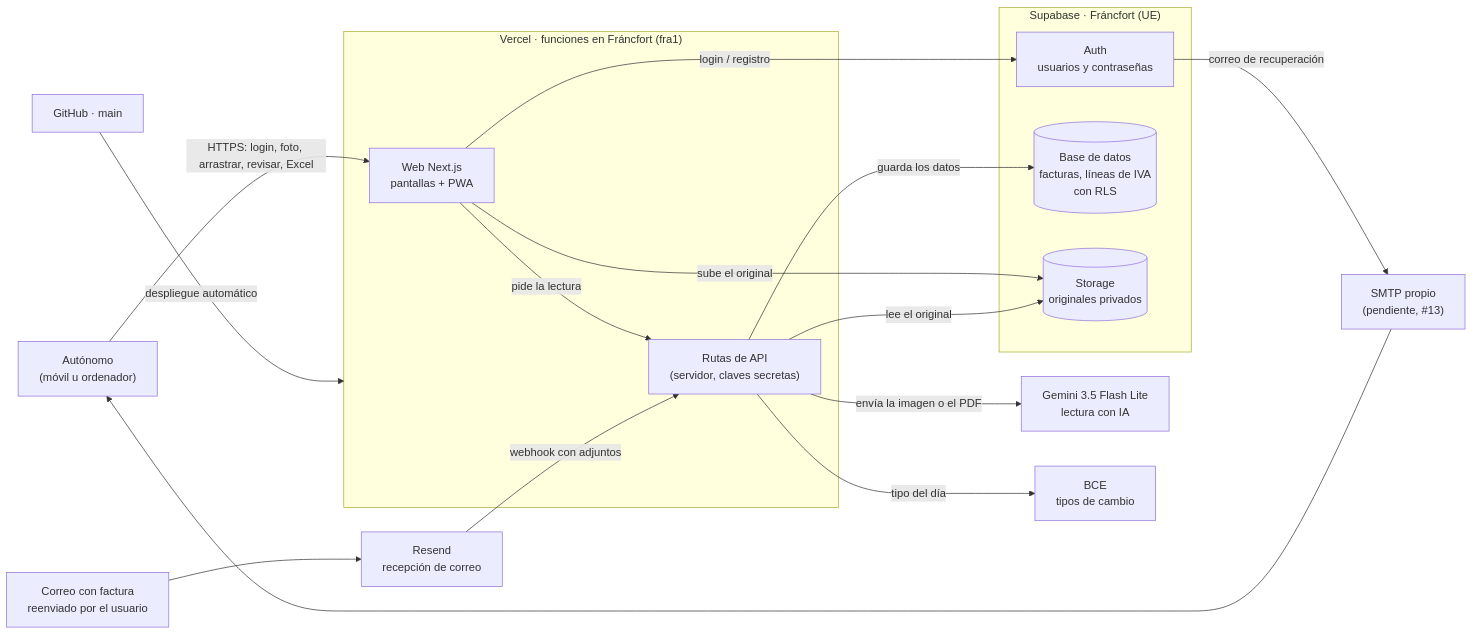
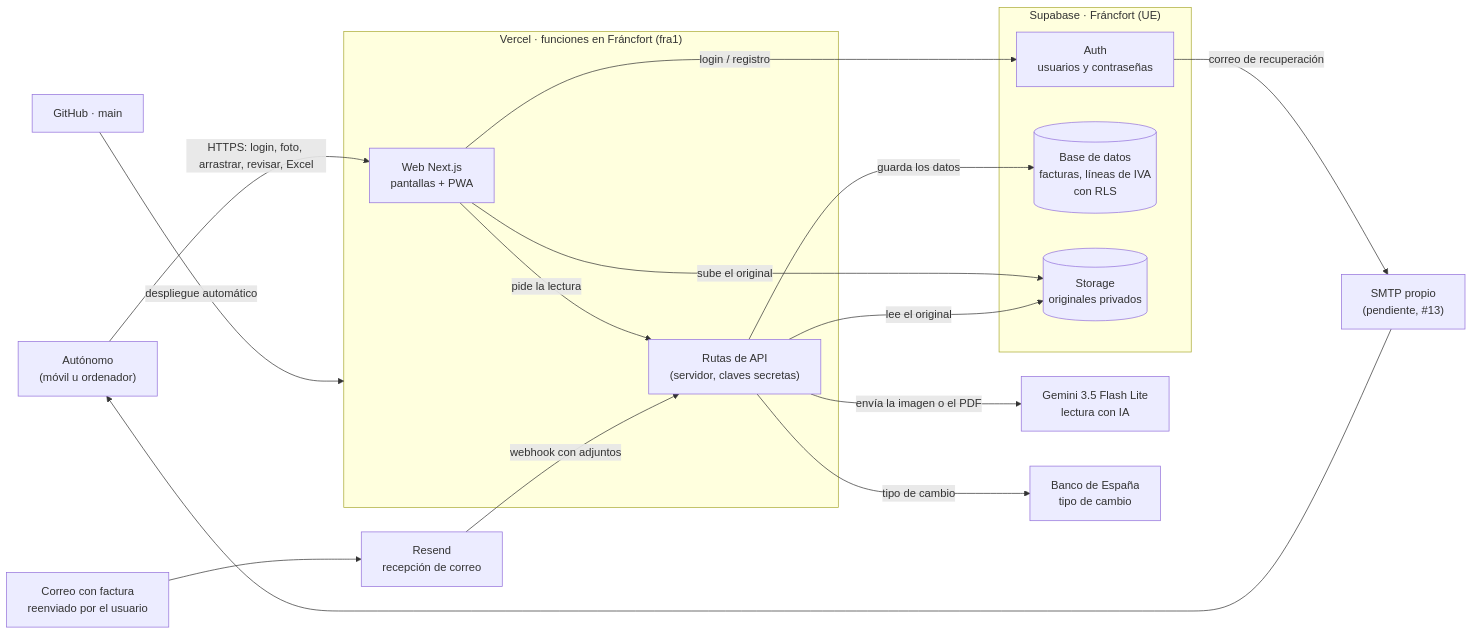
The diagram in docs/arquitectura.md (Ana-gp/gestion-facturas), drawn with Mermaid before and after one commit. The commit also changed other lines of this file, not shown here.

First line of the commit message:
05 · Arquitectura: tipo de cambio según el art. 79.Once de la Ley del IVA

````diff
--- a/docs/arquitectura.md
+++ b/docs/arquitectura.md
@@ -93,36 +93,36 @@
 ```mermaid
 flowchart LR
     U["Autónomo<br/>(móvil u ordenador)"]
     MAIL["Correo con factura<br/>reenviado por el usuario"]
 
     subgraph VERCEL["Vercel · funciones en Fráncfort (fra1)"]
         WEB["Web Next.js<br/>pantallas + PWA"]
         API["Rutas de API<br/>(servidor, claves secretas)"]
     end
 
     subgraph SUPA["Supabase · Fráncfort (UE)"]
         AUTH["Auth<br/>usuarios y contraseñas"]
         DB[("Base de datos<br/>facturas, líneas de IVA<br/>con RLS")]
         ST[("Storage<br/>originales privados")]
     end
 
     RESEND["Resend<br/>recepción de correo"]
     GEM["Gemini 3.5 Flash Lite<br/>lectura con IA"]
-    BCE["BCE<br/>tipos de cambio"]
+    BDE["Banco de España<br/>tipo de cambio"]
     SMTP["SMTP propio<br/>(pendiente, #13)"]
     GH["GitHub · main"]
 
     U -- "HTTPS: login, foto, arrastrar, revisar, Excel" --> WEB
     WEB -- "login / registro" --> AUTH
     WEB -- "sube el original" --> ST
     WEB -- "pide la lectura" --> API
     API -- "lee el original" --> ST
     API -- "envía la imagen o el PDF" --> GEM
-    API -- "tipo del día" --> BCE
+    API -- "tipo de cambio" --> BDE
     API -- "guarda los datos" --> DB
     MAIL --> RESEND
     RESEND -- "webhook con adjuntos" --> API
     AUTH -- "correo de recuperación" --> SMTP
     SMTP --> U
     GH -- "despliegue automático" --> VERCEL
 ```
````
